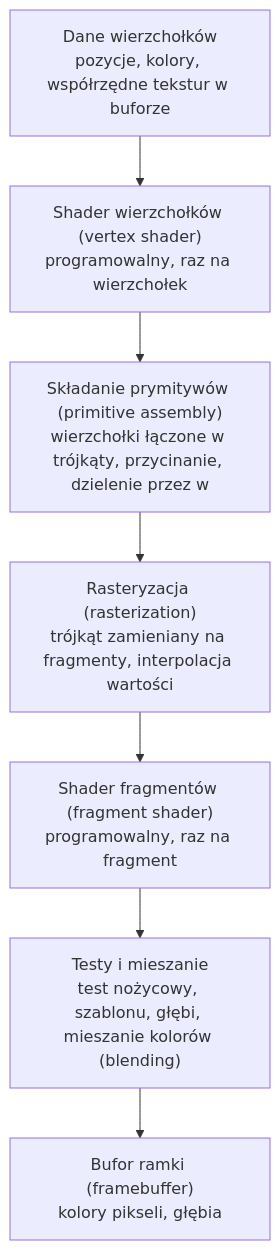
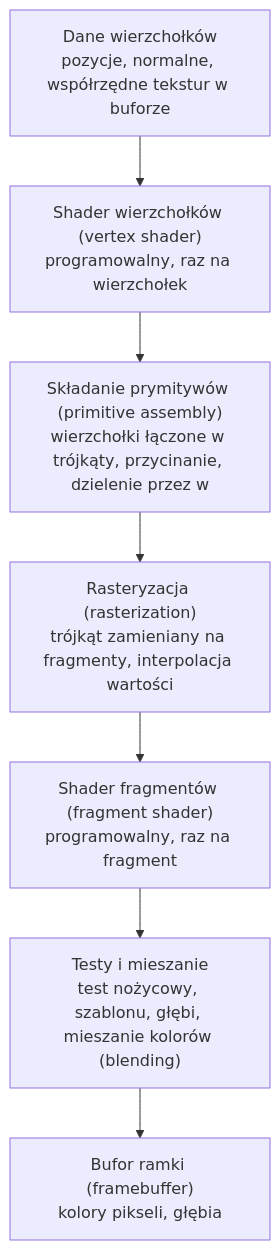
The diagram in docs/modules/gfx/shaders.md (Shironex/night-maze), drawn with Mermaid before and after one commit. The commit also changed other lines of this file and 50 other files, not shown here.

````diff
--- a/docs/modules/gfx/shaders.md
+++ b/docs/modules/gfx/shaders.md
@@ -36,9 +37,9 @@
 ```mermaid
 flowchart TD
-    Data["Dane wierzchołków<br/>pozycje, kolory, współrzędne tekstur w buforze"] --> VS["Shader wierzchołków (vertex shader)<br/>programowalny, raz na wierzchołek"]
+    Data["Dane wierzchołków<br/>pozycje, normalne, współrzędne tekstur w buforze"] --> VS["Shader wierzchołków (vertex shader)<br/>programowalny, raz na wierzchołek"]
     VS --> PA["Składanie prymitywów (primitive assembly)<br/>wierzchołki łączone w trójkąty, przycinanie, dzielenie przez w"]
     PA --> Rast["Rasteryzacja (rasterization)<br/>trójkąt zamieniany na fragmenty, interpolacja wartości"]
     Rast --> FS["Shader fragmentów (fragment shader)<br/>programowalny, raz na fragment"]
     FS --> Tests["Testy i mieszanie<br/>test nożycowy, szablonu, głębi, mieszanie kolorów (blending)"]
     Tests --> FB["Bufor ramki (framebuffer)<br/>kolory pikseli, głębia"]
 ```
````
